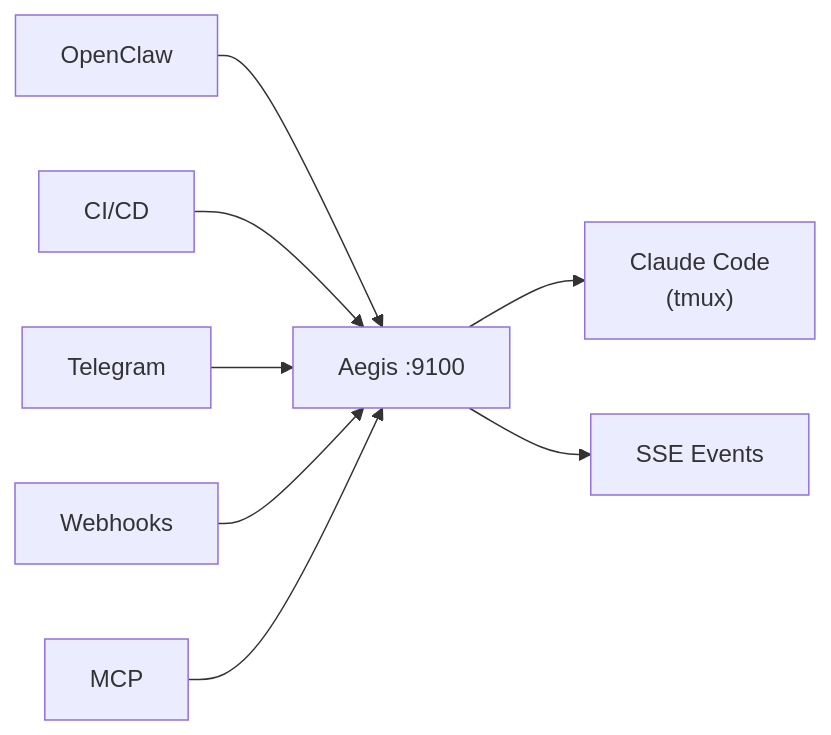
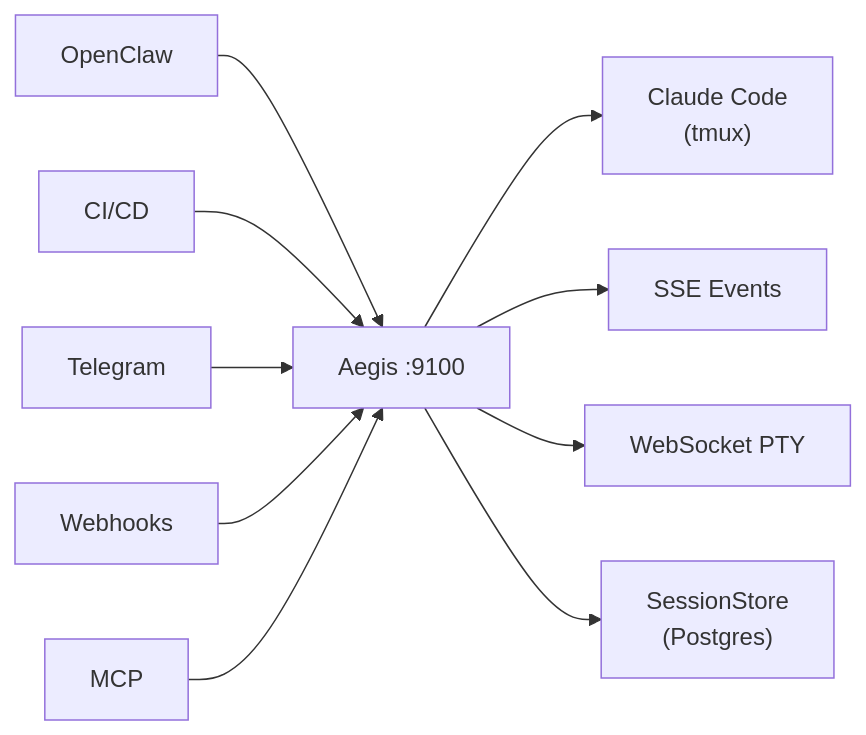
The diagram in README.md (OneStepAt4time/aegis), drawn with Mermaid before and after one commit. The commit also changed other lines of this file and 254 other files, not shown here.

````diff
--- a/README.md
+++ b/README.md
@@ -80,10 +82,12 @@
 ```mermaid
 graph LR
     OC["OpenClaw"] --> API["Aegis :9100"]
     CI["CI/CD"]     --> API
     TG["Telegram"]  --> API
     WH["Webhooks"]  --> API
     MCP["MCP"]      --> API
     API --> CC["Claude Code<br/>(tmux)"]
     API --> SSE["SSE Events"]
+    API --> WS["WebSocket PTY"]
+    API --> PG["SessionStore<br/>(Postgres)"]
 ```
````
